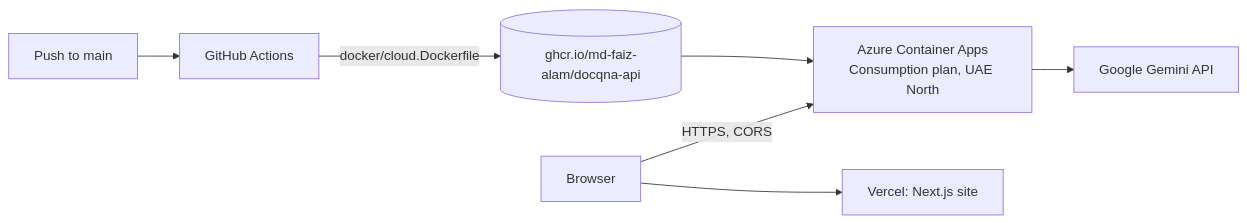
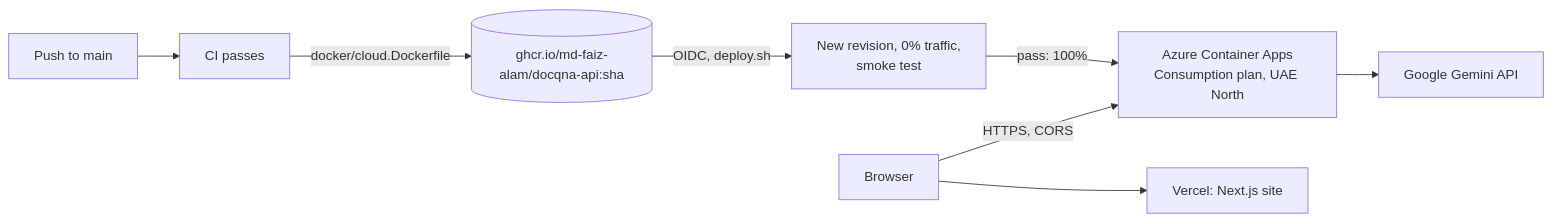
Before and after one commit to Md-Faiz-Alam/docqna: the seventh of 7 diagrams in docs/architecture.md, drawn with Mermaid. The commit also changed other lines of this file and 9 other files, not shown here.

Commit message:
Add blue/green continuous deployment to Azure after CI passes

````diff
--- a/docs/architecture.md
+++ b/docs/architecture.md
@@ -254,9 +254,10 @@
 ```mermaid
 flowchart LR
-    DEV[Push to main] --> GA[GitHub Actions]
-    GA -->|docker/cloud.Dockerfile| GHCR[(ghcr.io/md-faiz-alam/docqna-api)]
-    GHCR --> ACA[Azure Container Apps<br/>Consumption plan, UAE North]
+    DEV[Push to main] --> CI[CI passes]
+    CI -->|docker/cloud.Dockerfile| GHCR[(ghcr.io/md-faiz-alam/docqna-api:sha)]
+    GHCR -->|OIDC, deploy.sh| REV[New revision, 0% traffic,<br/>smoke test]
+    REV -->|pass: 100%| ACA[Azure Container Apps<br/>Consumption plan, UAE North]
     USER[Browser] --> VC[Vercel: Next.js site]
     USER -->|HTTPS, CORS| ACA
     ACA --> GEM[Google Gemini API]
 ```
````
